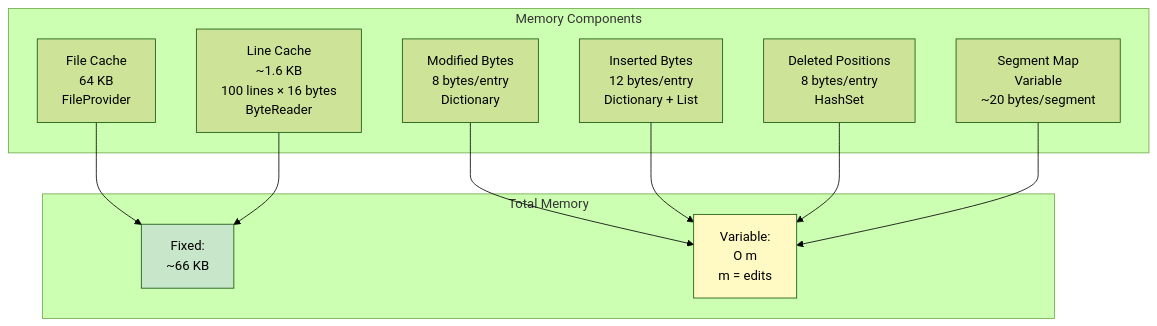
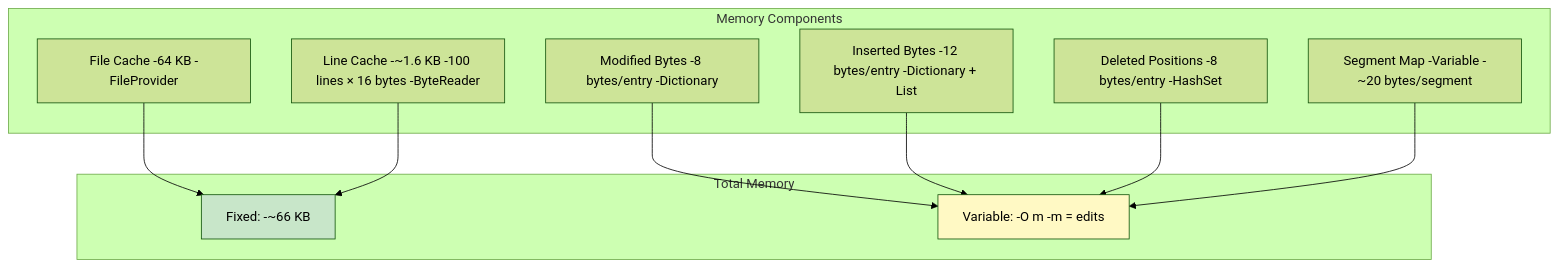
One commit to myd7349/WpfHexEditorControl changed diagram 19 of 24 in ARCHITECTURE_V2.md. Above: the diagram before and after it, drawn with Mermaid (forest theme). The commit also changed other lines of this file, not shown here.

First line of the commit message:
Fix all remaining Mermaid diagram br tags for GitHub compatibility

````diff
--- a/ARCHITECTURE_V2.md
+++ b/ARCHITECTURE_V2.md
@@ -1352,26 +1352,26 @@
 ```mermaid
 graph TB
     subgraph "Memory Components"
-        FC["File Cache<br/>64 KB<br/>FileProvider"]
-        LC["Line Cache<br/>~1.6 KB<br/>100 lines × 16 bytes<br/>ByteReader"]
-        ME["Modified Bytes<br/>8 bytes/entry<br/>Dictionary"]
-        IE["Inserted Bytes<br/>12 bytes/entry<br/>Dictionary + List"]
-        DE["Deleted Positions<br/>8 bytes/entry<br/>HashSet"]
-        SM["Segment Map<br/>Variable<br/>~20 bytes/segment"]
+        FC["File Cache -64 KB -FileProvider"]
+        LC["Line Cache -~1.6 KB -100 lines × 16 bytes -ByteReader"]
+        ME["Modified Bytes -8 bytes/entry -Dictionary"]
+        IE["Inserted Bytes -12 bytes/entry -Dictionary + List"]
+        DE["Deleted Positions -8 bytes/entry -HashSet"]
+        SM["Segment Map -Variable -~20 bytes/segment"]
     end
 
     subgraph "Total Memory"
-        Fixed["Fixed:<br/>~66 KB"]
-        Variable["Variable:<br/>O m<br/>m = edits"]
+        Fixed["Fixed: -~66 KB"]
+        Variable["Variable: -O m -m = edits"]
     end
 
     FC --> Fixed
     LC --> Fixed
     ME --> Variable
     IE --> Variable
     DE --> Variable
     SM --> Variable
 
     style Fixed fill:#c8e6c9
     style Variable fill:#fff9c4
 ```
````
